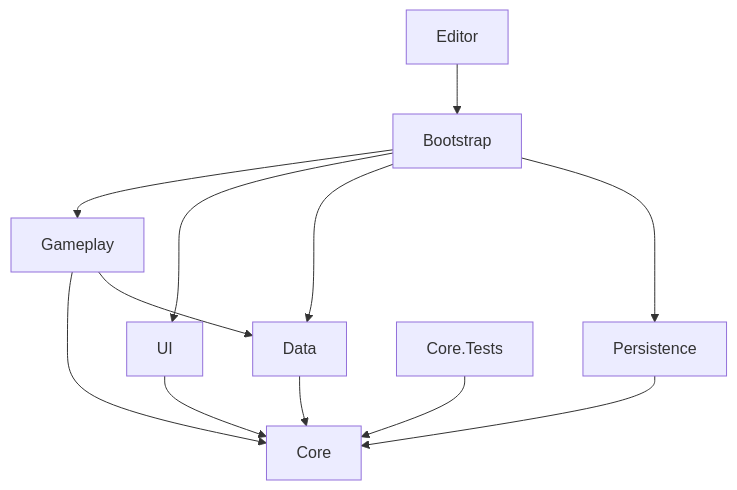
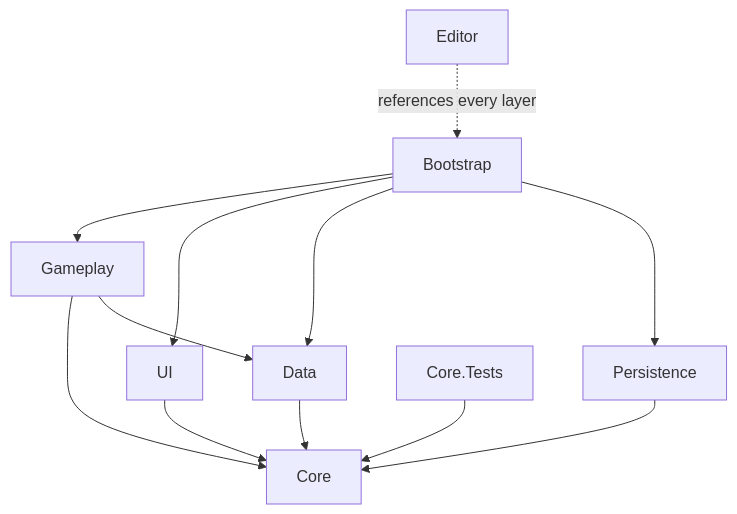
Before and after one commit to HaminSong/unity-dev-skills: the diagram in plugins/unity-project-setup/skills/unity-project-setup/templates/docs/architecture-design.md, drawn with Mermaid. The commit also changed other lines of this file and 10 other files, not shown here.

````diff
--- a/plugins/unity-project-setup/skills/unity-project-setup/templates/docs/architecture-design.md
+++ b/plugins/unity-project-setup/skills/unity-project-setup/templates/docs/architecture-design.md
@@ -26,14 +26,14 @@
 ```mermaid
 flowchart TB
     BOOT["Bootstrap"] --> GP["Gameplay"]
     BOOT --> UI["UI"]
     BOOT --> DATA["Data"]
     BOOT --> PERS["Persistence"]
     GP --> CORE["Core"]
     GP --> DATA
     UI --> CORE
     DATA --> CORE
     PERS --> CORE
-    ED["Editor"] --> BOOT
+    ED["Editor"] -. "references every layer" .-> BOOT
     TEST["Core.Tests"] --> CORE
 ```
````
